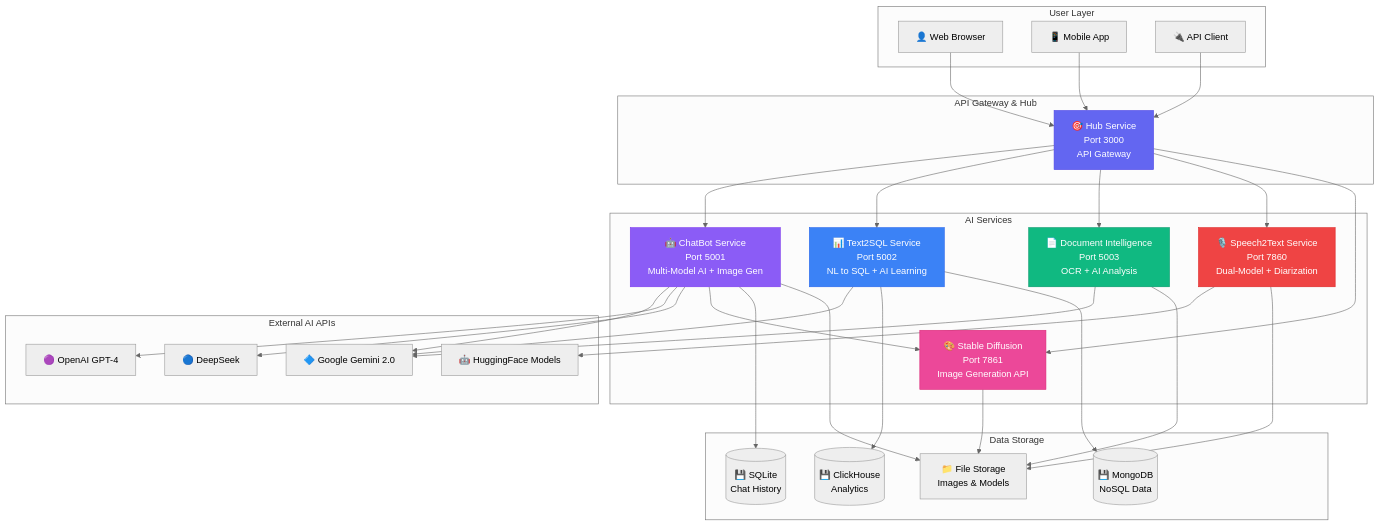
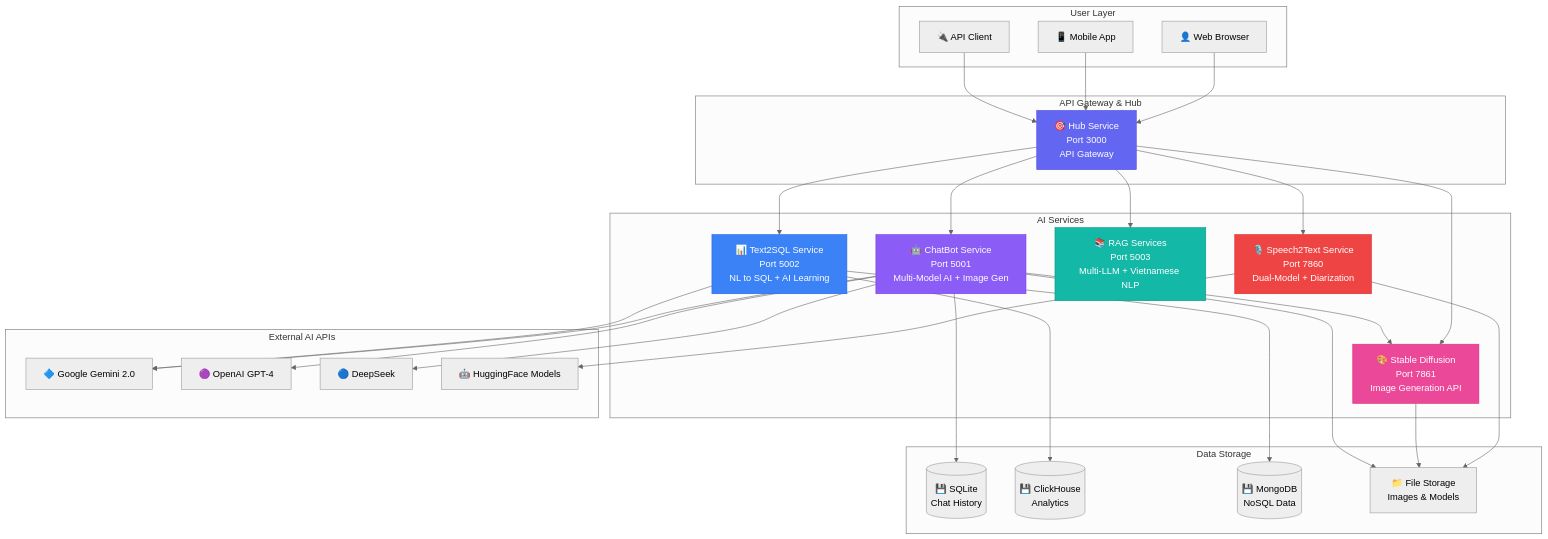
The first of 18 diagrams in README.md (SkastVnT/AI-Assistant), drawn with Mermaid (neutral theme) before and after one commit. The commit also changed other lines of this file, not shown here.

First line of the commit message:
docs: update README with RAG Services v1.0 documentation completion

````diff
--- a/README.md
+++ b/README.md
@@ -165,71 +147,68 @@
 ```mermaid
 graph TB
     subgraph User Layer
     U1[👤 Web Browser]
     U2[📱 Mobile App]
     U3[🔌 API Client]
     end
     
     subgraph API Gateway & Hub
     HUB[🎯 Hub Service<br/>Port 3000<br/>API Gateway]
     end
     
     subgraph AI Services
     CB[🤖 ChatBot Service<br/>Port 5001<br/>Multi-Model AI + Image Gen]
     T2S[📊 Text2SQL Service<br/>Port 5002<br/>NL to SQL + AI Learning]
-    DIS[📄 Document Intelligence<br/>Port 5003<br/>OCR + AI Analysis]
+    RAG[📚 RAG Services<br/>Port 5003<br/>Multi-LLM + Vietnamese NLP]
     S2T[🎙️ Speech2Text Service<br/>Port 7860<br/>Dual-Model + Diarization]
     SD[🎨 Stable Diffusion<br/>Port 7861<br/>Image Generation API]
     end
     
     subgraph External AI APIs
     API1[🔷 Google Gemini 2.0]
     API2[🟣 OpenAI GPT-4]
     API3[🔵 DeepSeek]
     API4[🤖 HuggingFace Models]
     end
     
     subgraph Data Storage
     DB1[(💾 SQLite<br/>Chat History)]
     DB2[(💾 ClickHouse<br/>Analytics)]
     DB3[(💾 MongoDB<br/>NoSQL Data)]
     FS[📁 File Storage<br/>Images & Models]
     end
     
     U1 --> HUB
     U2 --> HUB
     U3 --> HUB
     
     HUB --> CB
     HUB --> T2S
-    HUB --> DIS
+    HUB --> RAG
     HUB --> S2T
     HUB --> SD
     
     CB --> API1
     CB --> API2
     CB --> API3
     CB --> SD
     
     T2S --> API1
     T2S --> DB2
     T2S --> DB3
     
-    DIS --> API1
-    DIS --> FS
-    
     S2T --> API4
     S2T --> FS
     
     SD --> FS
     
     CB --> DB1
     CB --> FS
     
     style HUB fill:#6366F1,stroke:#4F46E5,color:#fff
     style CB fill:#8B5CF6,stroke:#7C3AED,color:#fff
     style T2S fill:#3B82F6,stroke:#2563EB,color:#fff
-    style DIS fill:#10B981,stroke:#059669,color:#fff
+    style RAG fill:#14B8A6,stroke:#0D9488,color:#fff
     style S2T fill:#EF4444,stroke:#DC2626,color:#fff
     style SD fill:#EC4899,stroke:#DB2777,color:#fff
 ```
````
